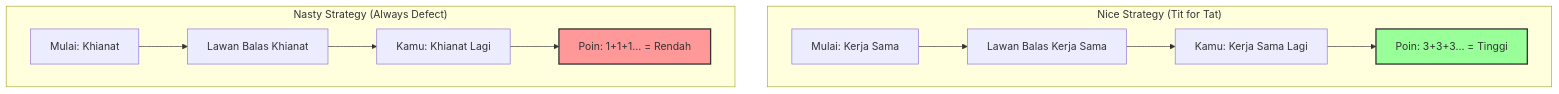
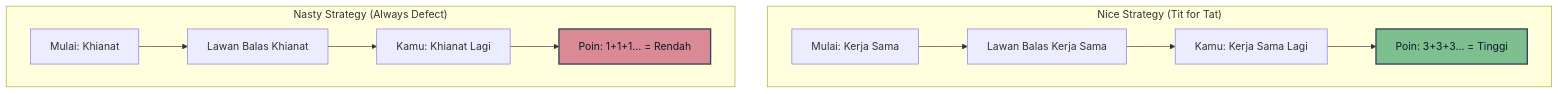
One commit to dwirx/BangunAI-Blog changed the sixth of 8 diagrams in src/content/writing/tit-for-tat-strategi-game-theory.mdx. Above: the diagram before and after it, drawn with Mermaid. The commit also changed other lines of this file and 1 other file, not shown here.

Commit message:
fix(mermaid): improve dark mode label contrast and node palette

````diff
--- a/src/content/writing/tit-for-tat-strategi-game-theory.mdx
+++ b/src/content/writing/tit-for-tat-strategi-game-theory.mdx
@@ -287,17 +287,17 @@
 ```mermaid
 graph TD
     subgraph "Nice Strategy (Tit for Tat)"
     A1[Mulai: Kerja Sama] --> B1[Lawan Balas Kerja Sama]
     B1 --> C1[Kamu: Kerja Sama Lagi]
     C1 --> D1[Poin: 3+3+3... = Tinggi]
     end
     
     subgraph "Nasty Strategy (Always Defect)"
     A2[Mulai: Khianat] --> B2[Lawan Balas Khianat]
     B2 --> C2[Kamu: Khianat Lagi]
     C2 --> D2[Poin: 1+1+1... = Rendah]
     end
     
-    style D1 fill:#9f9,stroke:#333,stroke-width:2px
-    style D2 fill:#f99,stroke:#333,stroke-width:2px
+    style D1 fill:#7ebf90,stroke:#324056,stroke-width:2px,color:#0f172a
+    style D2 fill:#d98a95,stroke:#324056,stroke-width:2px,color:#0f172a
 ```
````
